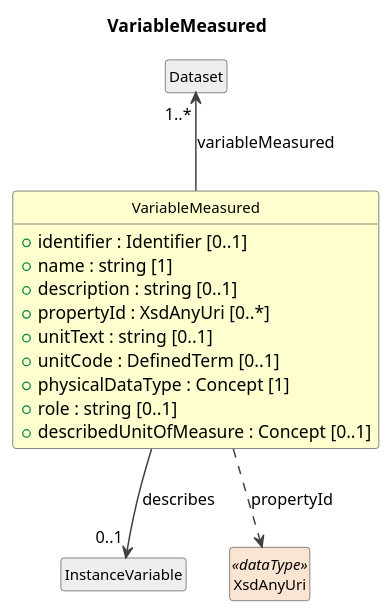
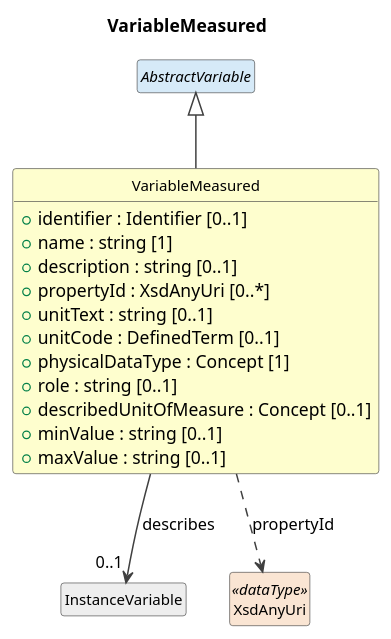
The diagram in cdif-uml-model/_plantuml/cdifDataStructure/Classes/VariableMeasured.pu (Cross-Domain-Interoperability-Framework/metadataBuildingBlocks), drawn with PlantUML before and after one commit. The commit also changed 504 other files, not shown here.

First line of the commit message:
Regenerate cdif-uml-model browser from current profile configs

```diff
--- a/cdif-uml-model/_plantuml/cdifDataStructure/Classes/VariableMeasured.pu
+++ b/cdif-uml-model/_plantuml/cdifDataStructure/Classes/VariableMeasured.pu
@@ -1,31 +1,33 @@
 @startuml
 title VariableMeasured
 hide circle
 hide empty members
 skinparam shadowing false
 skinparam ArrowThickness 1.2
 skinparam class {
   ArrowColor #404040
   BorderColor #404040
   FontSize 12
 }
 
 class "VariableMeasured" as VariableMeasured #FEFECE {
   +identifier : Identifier [0..1]
   +name : string [1]
   +description : string [0..1]
   +propertyId : XsdAnyUri [0..*]
   +unitText : string [0..1]
   +unitCode : DefinedTerm [0..1]
   +physicalDataType : Concept [1]
   +role : string [0..1]
   +describedUnitOfMeasure : Concept [0..1]
+  +minValue : string [0..1]
+  +maxValue : string [0..1]
 }
+abstract class "AbstractVariable" as AbstractVariable #D6EAF8
+AbstractVariable <|-- VariableMeasured
 class "InstanceVariable" as InstanceVariable #EEEEEE
 VariableMeasured --> "0..1" InstanceVariable : describes
-class "Dataset" as Dataset #EEEEEE
-Dataset "1..*" <-- VariableMeasured : variableMeasured
 class "XsdAnyUri" as XsdAnyUri <<dataType>> #FAE5D3
 VariableMeasured ..> XsdAnyUri : propertyId
 
 @enduml
```
